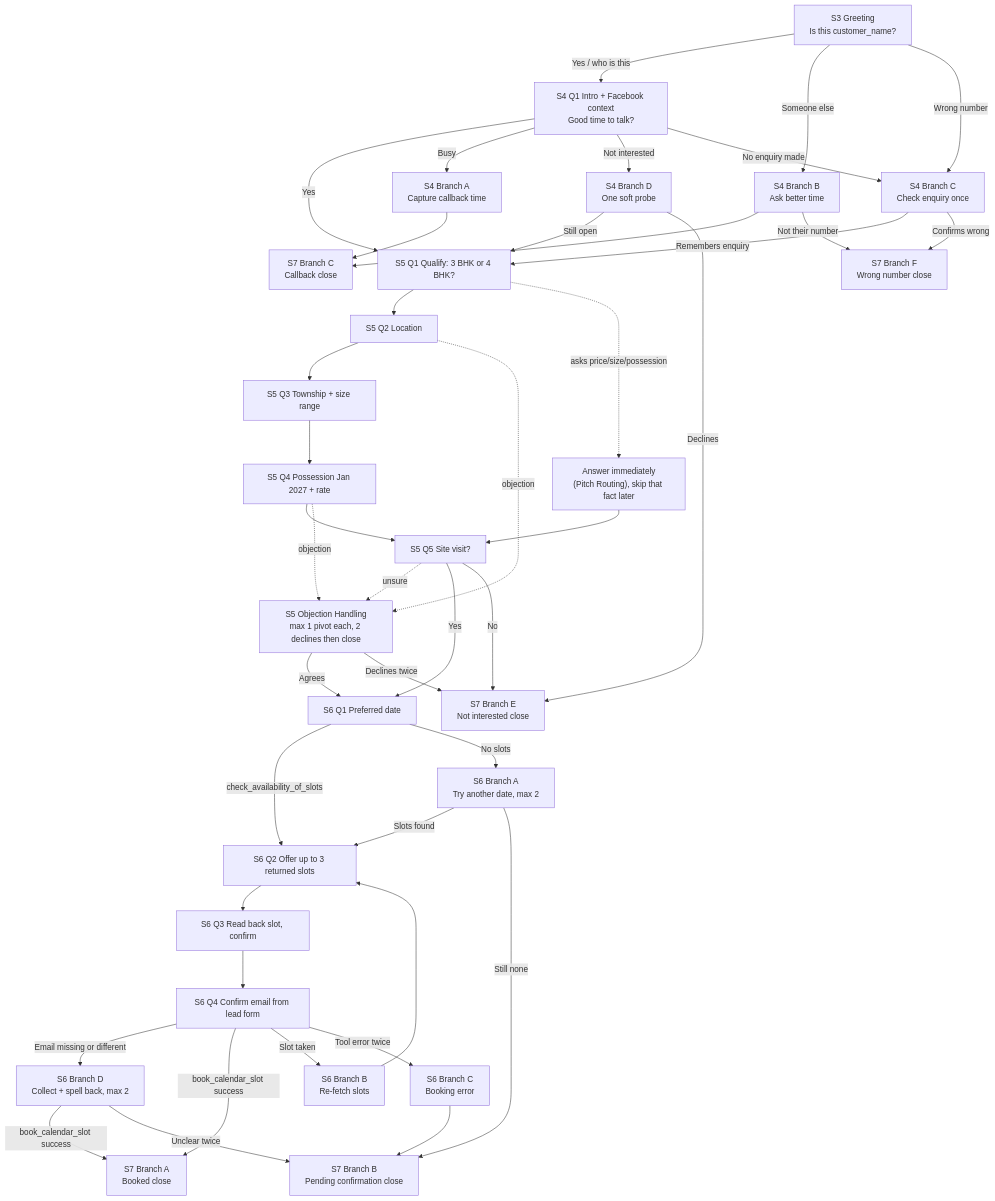
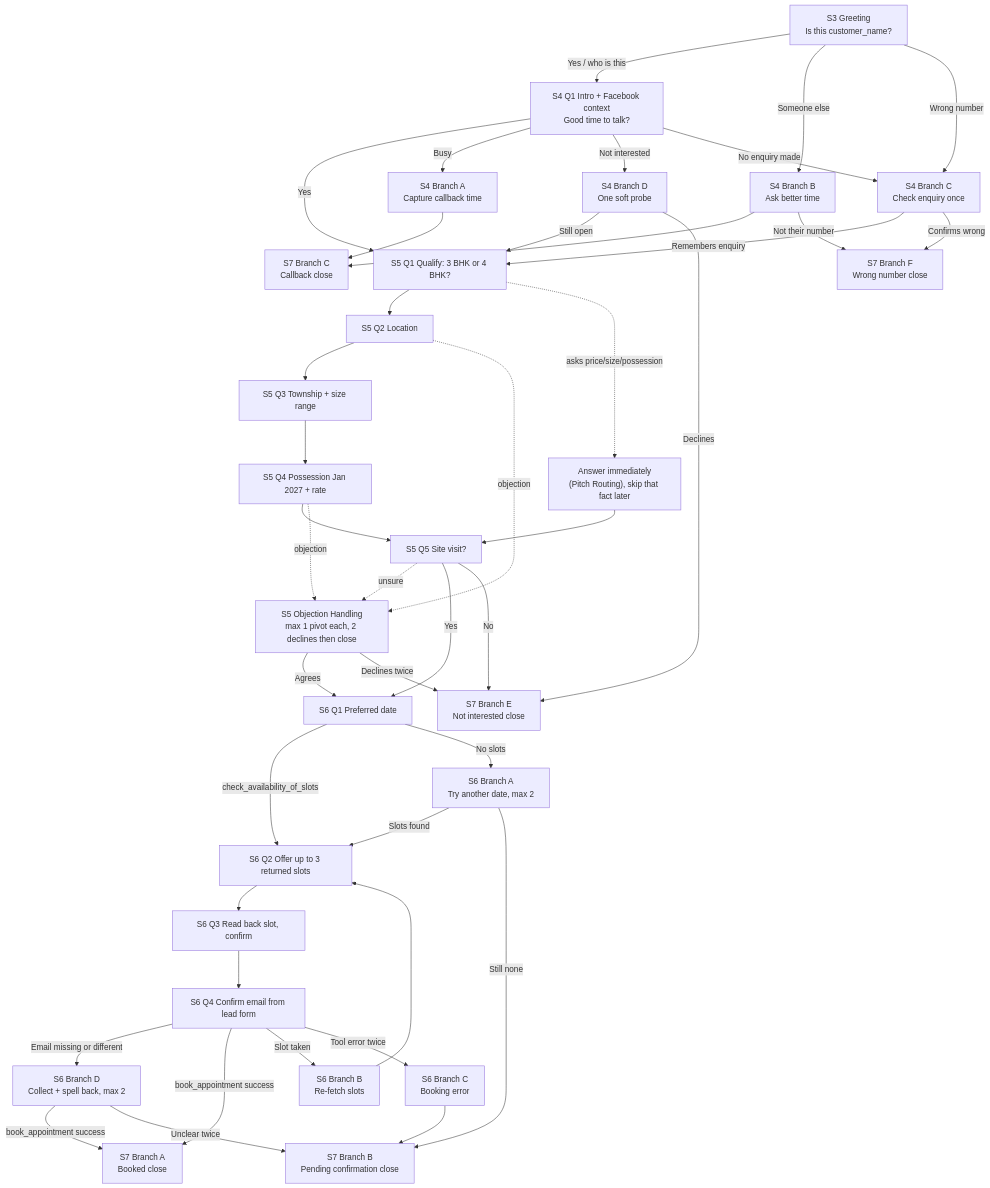
The first of 2 diagrams in prompts/conversation_flow.md (aaritmehta15/mahima-palm-springs-voice-agent), drawn with Mermaid before and after one commit. The commit also changed other lines of this file and 9 other files, not shown here.

````diff
--- a/prompts/conversation_flow.md
+++ b/prompts/conversation_flow.md
@@ -7,48 +7,48 @@
 ```mermaid
 flowchart TD
     G["S3 Greeting<br/>Is this customer_name?"] -->|Yes / who is this| I["S4 Q1 Intro + Facebook context<br/>Good time to talk?"]
     G -->|Someone else| RB["S4 Branch B<br/>Ask better time"]
     G -->|Wrong number| RC["S4 Branch C<br/>Check enquiry once"]
 
     I -->|Yes| P1["S5 Q1 Qualify: 3 BHK or 4 BHK?"]
     I -->|Busy| BA["S4 Branch A<br/>Capture callback time"]
     I -->|Not interested| BD["S4 Branch D<br/>One soft probe"]
     I -->|No enquiry made| RC
 
     RB --> C_CB["S7 Branch C<br/>Callback close"]
     RB -->|Not their number| C_WN["S7 Branch F<br/>Wrong number close"]
     RC -->|Remembers enquiry| P1
     RC -->|Confirms wrong| C_WN
     BA --> C_CB
     BD -->|Still open| P1
     BD -->|Declines| C_NI["S7 Branch E<br/>Not interested close"]
 
     P1 --> P2["S5 Q2 Location"]
     P1 -. asks price/size/possession .-> PR["Answer immediately<br/>(Pitch Routing), skip that fact later"]
     PR --> P5
     P2 --> P3["S5 Q3 Township + size range"]
     P3 --> P4["S5 Q4 Possession Jan 2027 + rate"]
     P4 --> P5["S5 Q5 Site visit?"]
     P2 -. objection .-> OBJ["S5 Objection Handling<br/>max 1 pivot each, 2 declines then close"]
     P4 -. objection .-> OBJ
     P5 -. unsure .-> OBJ
     OBJ -->|Agrees| V1
     OBJ -->|Declines twice| C_NI
     P5 -->|Yes| V1["S6 Q1 Preferred date"]
     P5 -->|No| C_NI
 
     V1 -->|check_availability_of_slots| V2["S6 Q2 Offer up to 3 returned slots"]
     V1 -->|No slots| VA["S6 Branch A<br/>Try another date, max 2"]
     VA -->|Slots found| V2
     VA -->|Still none| C_PEND["S7 Branch B<br/>Pending confirmation close"]
     V2 --> V3["S6 Q3 Read back slot, confirm"]
     V3 --> V4["S6 Q4 Confirm email from lead form"]
     V4 -->|Email missing or different| VD["S6 Branch D<br/>Collect + spell back, max 2"]
-    V4 -->|book_calendar_slot success| C_BOOK["S7 Branch A<br/>Booked close"]
-    VD -->|book_calendar_slot success| C_BOOK
+    V4 -->|book_appointment success| C_BOOK["S7 Branch A<br/>Booked close"]
+    VD -->|book_appointment success| C_BOOK
     VD -->|Unclear twice| C_PEND
     V4 -->|Slot taken| VB["S6 Branch B<br/>Re-fetch slots"]
     VB --> V2
     V4 -->|Tool error twice| VC["S6 Branch C<br/>Booking error"]
     VC --> C_PEND
 ```
````
